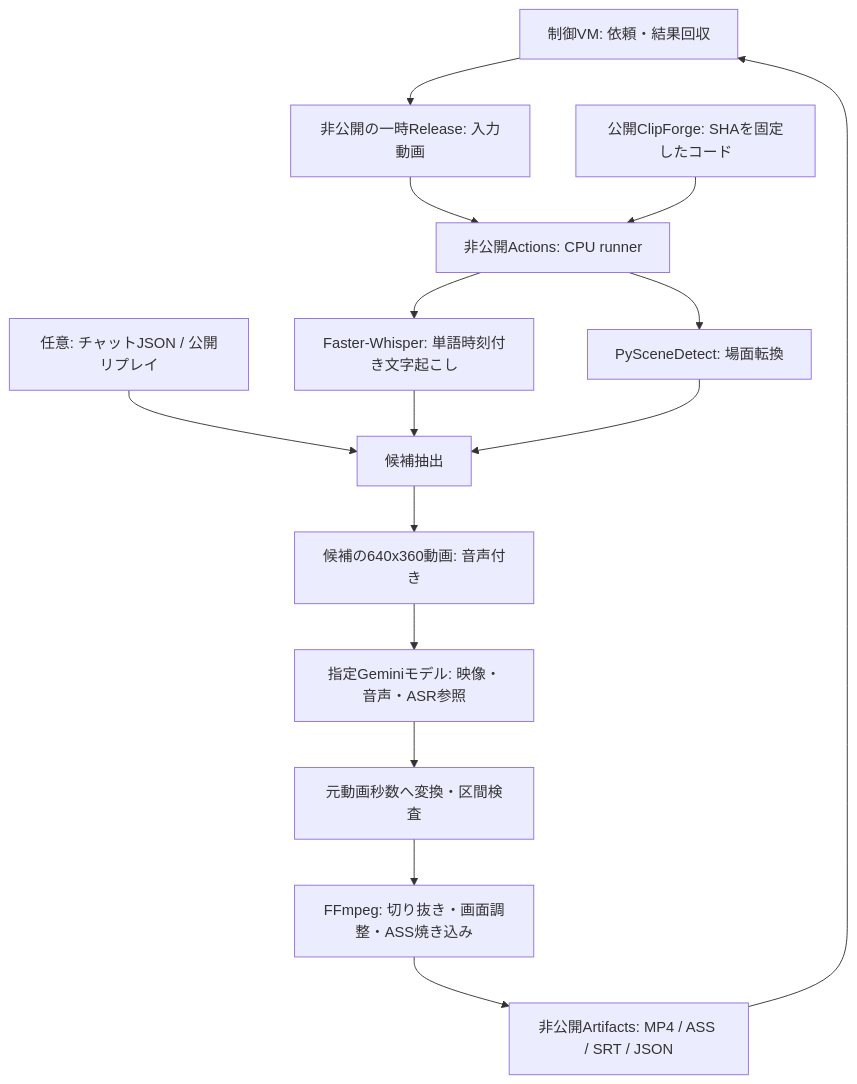
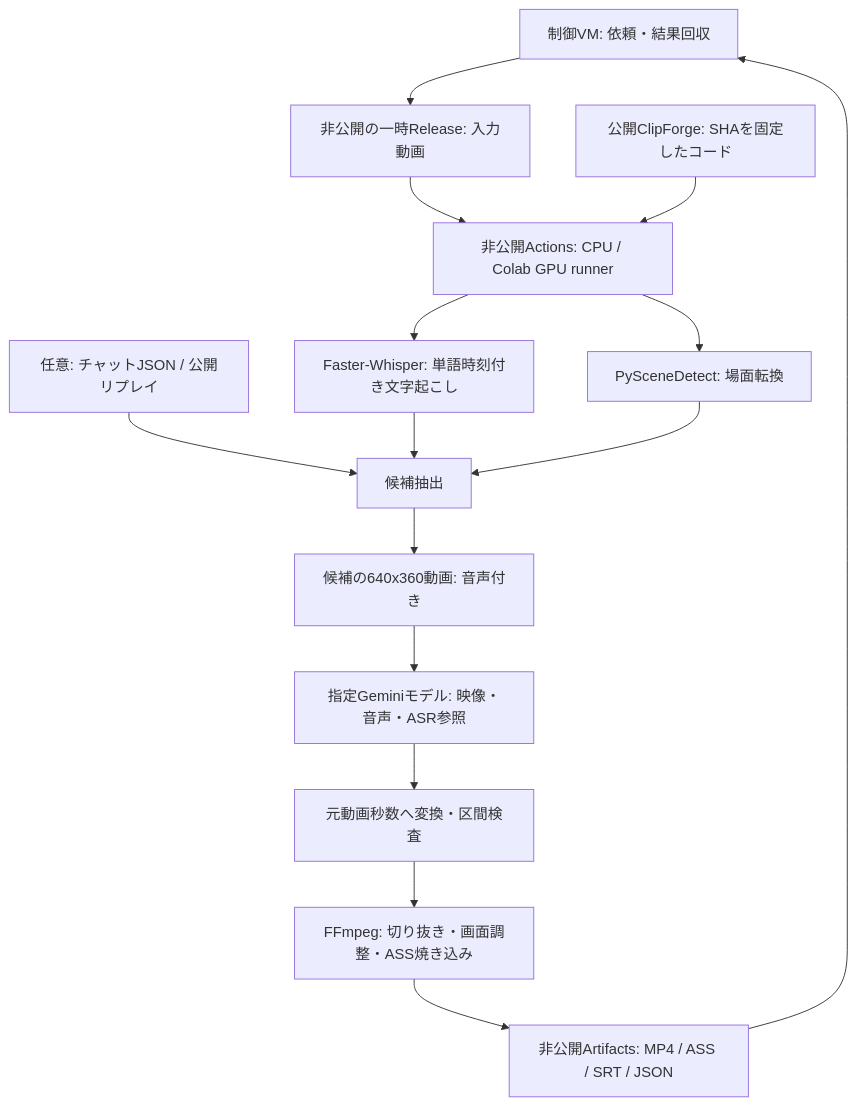
The diagram in docs/ARCHITECTURE.md (nyu1791-collab/ClipForge), drawn with Mermaid before and after one commit. The commit also changed other lines of this file and 20 other files, not shown here.

Commit message:
Add CUDA ASR, NVENC encoding and Colab GPU worker tools

````diff
--- a/docs/ARCHITECTURE.md
+++ b/docs/ARCHITECTURE.md
@@ -3,17 +3,17 @@
 ```mermaid
 flowchart TD
   VM[制御VM: 依頼・結果回収] --> IN[非公開の一時Release: 入力動画]
-  IN --> RUN[非公開Actions: CPU runner]
+  IN --> RUN[非公開Actions: CPU / Colab GPU runner]
   CODE[公開ClipForge: SHAを固定したコード] --> RUN
   RUN --> ASR[Faster-Whisper: 単語時刻付き文字起こし]
   RUN --> SCENE[PySceneDetect: 場面転換]
   CHAT[任意: チャットJSON / 公開リプレイ] --> CAND[候補抽出]
   ASR --> CAND
   SCENE --> CAND
   CAND --> PREVIEW[候補の640x360動画: 音声付き]
   PREVIEW --> GEMINI[指定Geminiモデル: 映像・音声・ASR参照]
   GEMINI --> CHECK[元動画秒数へ変換・区間検査]
   CHECK --> FFMPEG[FFmpeg: 切り抜き・画面調整・ASS焼き込み]
   FFMPEG --> OUT[非公開Artifacts: MP4 / ASS / SRT / JSON]
   OUT --> VM
 ```
````
